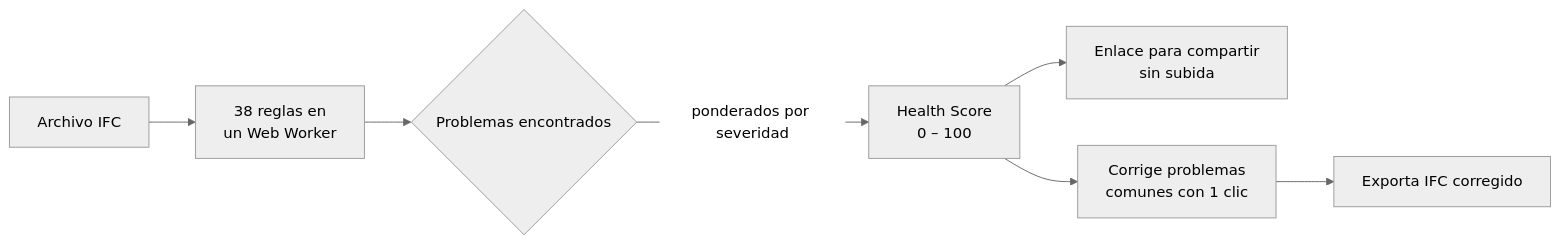
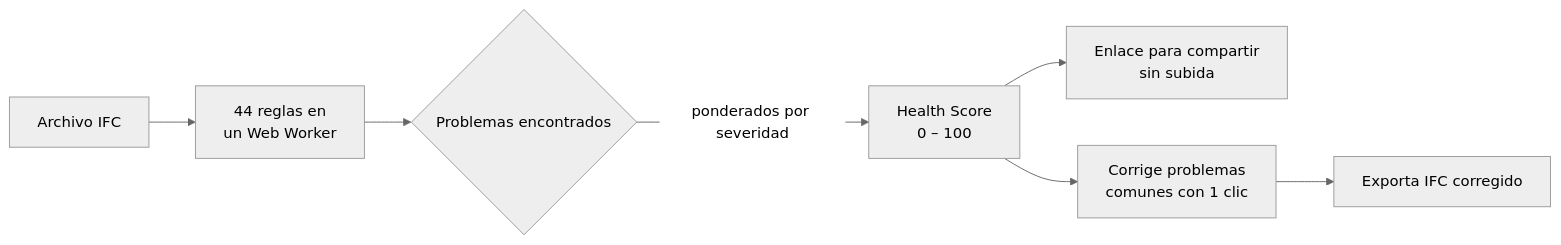
Before and after one commit to j03rul4nd/ifc-viewer-online: the first of 2 diagrams in README.es.md, drawn with Mermaid (neutral theme). The commit also changed other lines of this file and 24 other files, not shown here.

````diff
--- a/README.es.md
+++ b/README.es.md
@@ -125,9 +127,9 @@
 ```mermaid
 flowchart LR
-    A[Archivo IFC] --> B[38 reglas en<br/>un Web Worker]
+    A[Archivo IFC] --> B[44 reglas en<br/>un Web Worker]
     B --> C{Problemas encontrados}
     C -->|ponderados por severidad| D[Health Score<br/>0 – 100]
     D --> E[Enlace para compartir<br/>sin subida]
     D --> F[Corrige problemas<br/>comunes con 1 clic]
     F --> G[Exporta IFC corregido]
 ```
````
